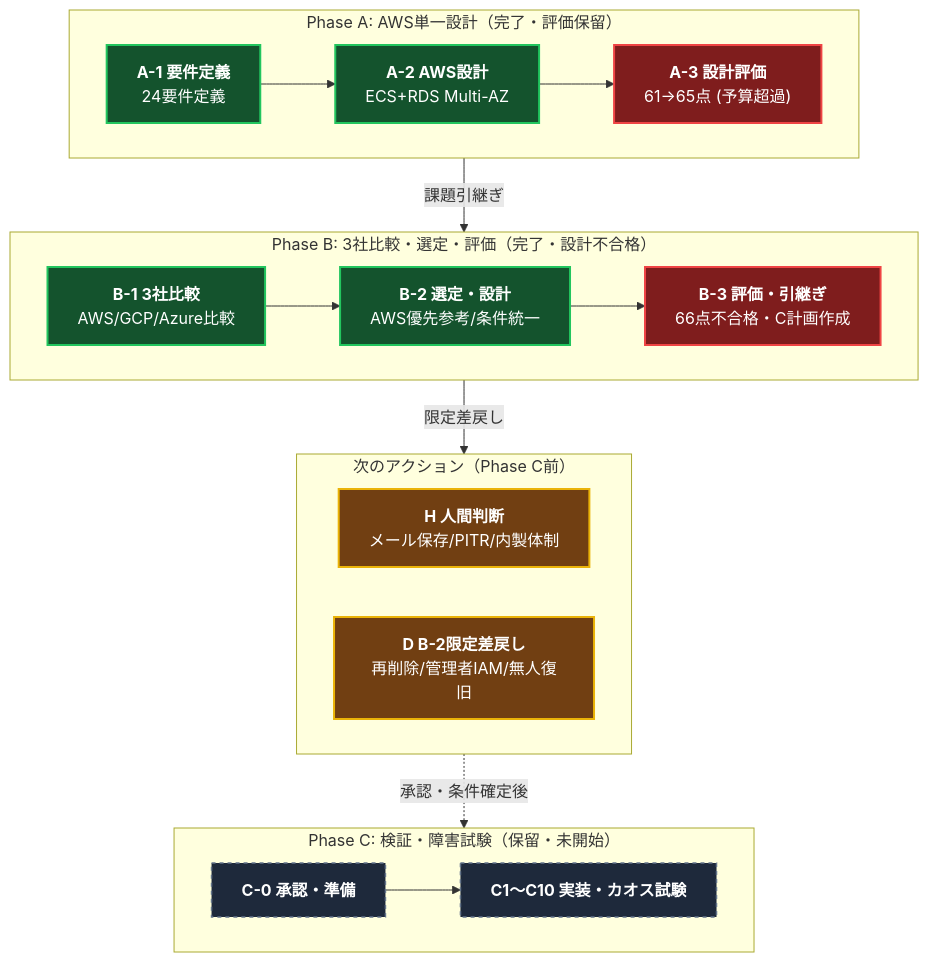
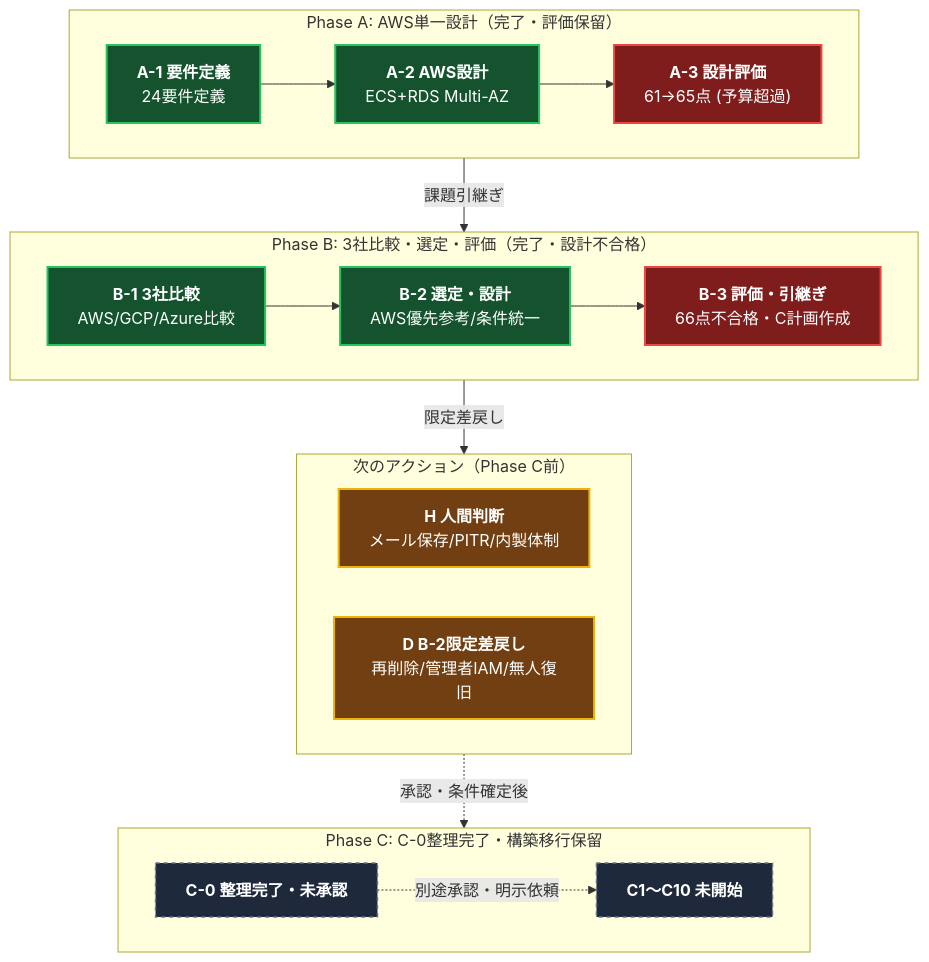
The second of 4 diagrams in README.md (moruku36/cloud-validation-level3-astra-light), drawn with Mermaid before and after one commit. The commit also changed other lines of this file and 8 other files, not shown here.

````diff
--- a/README.md
+++ b/README.md
@@ -50,36 +52,36 @@
 ```mermaid
 flowchart TB
   subgraph PhaseA ["Phase A: AWS単一設計（完了・評価保留）"]
     direction LR
     A1["<b>A-1 要件定義</b><br/>24要件定義"] --> A2["<b>A-2 AWS設計</b><br/>ECS+RDS Multi-AZ"] --> A3["<b>A-3 設計評価</b><br/>61→65点 (予算超過)"]
   end
 
   subgraph PhaseB ["Phase B: 3社比較・選定・評価（完了・設計不合格）"]
     direction LR
     B1["<b>B-1 3社比較</b><br/>AWS/GCP/Azure比較"] --> B2["<b>B-2 選定・設計</b><br/>AWS優先参考/条件統一"] --> B3["<b>B-3 評価・引継ぎ</b><br/>66点不合格・C計画作成"]
   end
 
   subgraph NextActions ["次のアクション（Phase C前）"]
     direction LR
     H["<b>H 人間判断</b><br/>メール保存/PITR/内製体制"]
     D["<b>D B-2限定差戻し</b><br/>再削除/管理者IAM/無人復旧"]
   end
 
-  subgraph PhaseC ["Phase C: 検証・障害試験（保留・未開始）"]
+  subgraph PhaseC ["Phase C: C-0整理完了・構築移行保留"]
     direction LR
-    C0["<b>C-0 承認・準備</b>"] --> C1["<b>C1〜C10 実装・カオス試験</b>"]
+    C0["<b>C-0 整理完了・未承認</b>"] -.->|別途承認・明示依頼| C1["<b>C1〜C10 未開始</b>"]
   end
 
   PhaseA -->|課題引継ぎ| PhaseB
   PhaseB -->|限定差戻し| NextActions
   NextActions -.->|承認・条件確定後| PhaseC
 
   classDef done fill:#14532d,stroke:#22c55e,stroke-width:2px,color:#ffffff;
   classDef failed fill:#7f1d1d,stroke:#ef4444,stroke-width:2px,color:#ffffff;
   classDef pending fill:#713f12,stroke:#eab308,stroke-width:2px,color:#ffffff;
   classDef future fill:#1e293b,stroke:#64748b,stroke-width:1.5px,stroke-dasharray: 4 4,color:#ffffff;
   class A1,A2,B1,B2 done;
   class A3,B3 failed;
   class H,D pending;
   class C0,C1 future;
 ```
````
